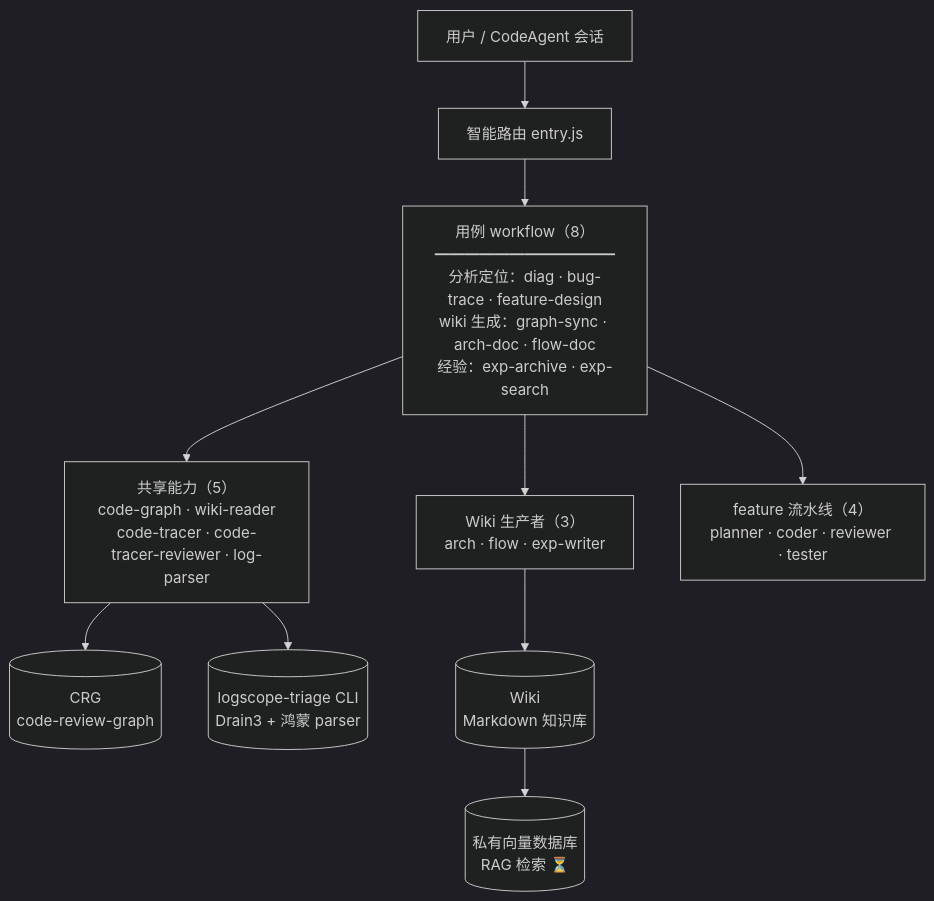
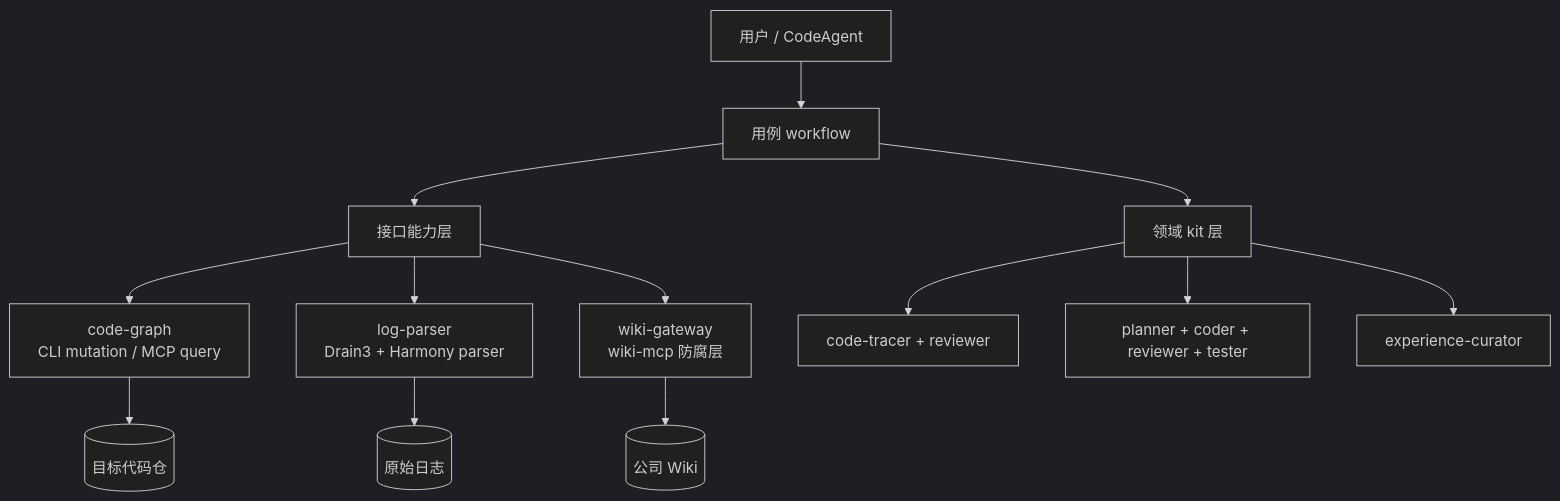
The diagram in README.md (astronautJack/HiAgent), drawn with Mermaid (dark theme) before and after one commit. The commit also changed other lines of this file and 49 other files, not shown here.

Commit message:
refactor: rebuild HiAgent for CodeAgent and wiki-mcp

````diff
--- a/README.md
+++ b/README.md
@@ -5,12 +13,18 @@
 ```mermaid
 flowchart TB
-    Sess["用户 / CodeAgent 会话"] --> Entry["智能路由 entry.js"]
-    Entry --> WFs["用例 workflow（8）<br/>━━━━━━━━━━━━<br/>分析定位：diag · bug-trace · feature-design<br/>wiki 生成：graph-sync · arch-doc · flow-doc<br/>经验：exp-archive · exp-search"]
-    WFs --> Shared["共享能力（5）<br/>code-graph · wiki-reader<br/>code-tracer · code-tracer-reviewer · log-parser"]
-    WFs --> Producers["Wiki 生产者（3）<br/>arch · flow · exp-writer"]
-    WFs --> Pipeline["feature 流水线（4）<br/>planner · coder · reviewer · tester"]
-    Shared --> CRG[("CRG<br/>code-review-graph")]
-    Shared --> CLI[("logscope-triage CLI<br/>Drain3 + 鸿蒙 parser")]
-    Producers --> Wiki[("Wiki<br/>Markdown 知识库")]
-    Wiki --> ATH[("私有向量数据库<br/>RAG 检索 ⏳")]
+    U[用户 / CodeAgent] --> W[用例 workflow]
+    W --> I[接口能力层]
+    W --> K[领域 kit 层]
+
+    I --> CRG[code-graph<br/>CLI mutation / MCP query]
+    I --> LOG[log-parser<br/>Drain3 + Harmony parser]
+    I --> WIKI[wiki-gateway<br/>wiki-mcp 防腐层]
+
+    K --> TRACE[code-tracer + reviewer]
+    K --> FEATURE[planner + coder + reviewer + tester]
+    K --> EXP[experience-curator]
+
+    CRG --> CODE[(目标代码仓)]
+    LOG --> RAW[(原始日志)]
+    WIKI --> CORP[(公司 Wiki)]
 ```
````
